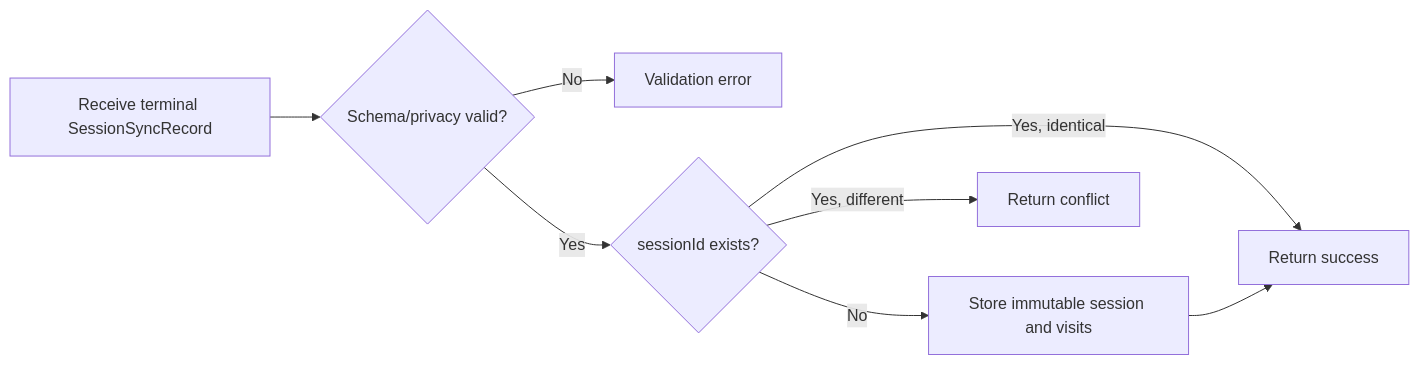
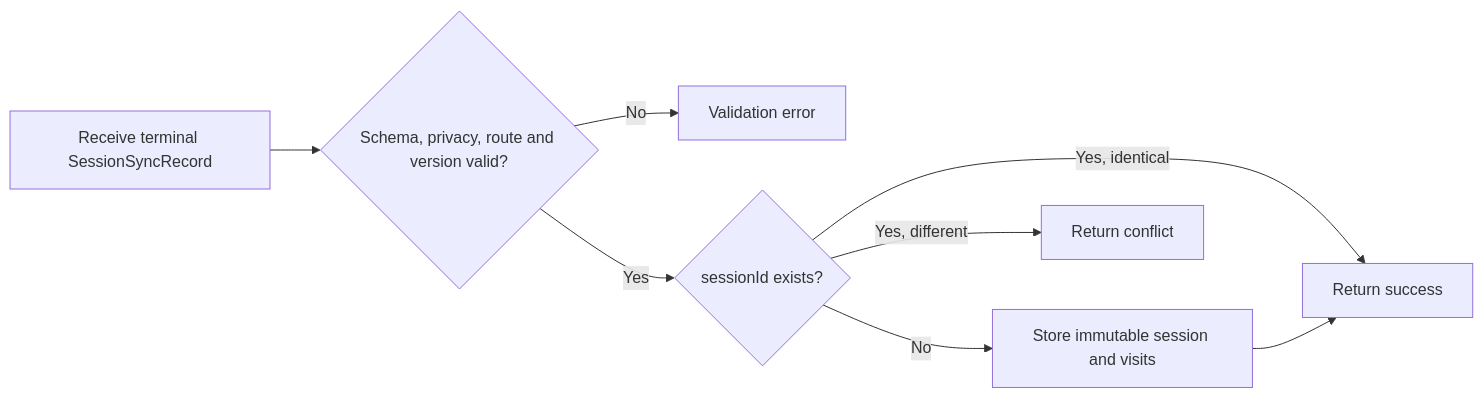
One commit to MckhueVanPhuc/Refactor-Cuc-Phuong changed the fourth of 8 diagrams in docs/spec/spec-M03.md. Above: the diagram before and after it, drawn with Mermaid. The commit also changed other lines of this file and 2 other files, not shown here.

````diff
--- a/docs/spec/spec-M03.md
+++ b/docs/spec/spec-M03.md
@@ -177,10 +250,10 @@
 ```mermaid
 flowchart LR
-    A[Receive terminal SessionSyncRecord] --> B{Schema/privacy valid?}
+    A[Receive terminal SessionSyncRecord] --> B{Schema, privacy, route and version valid?}
     B -->|No| C[Validation error]
     B -->|Yes| D{sessionId exists?}
     D -->|No| E[Store immutable session and visits]
     D -->|Yes, identical| F[Return success]
     D -->|Yes, different| G[Return conflict]
     E --> F
 ```
````
